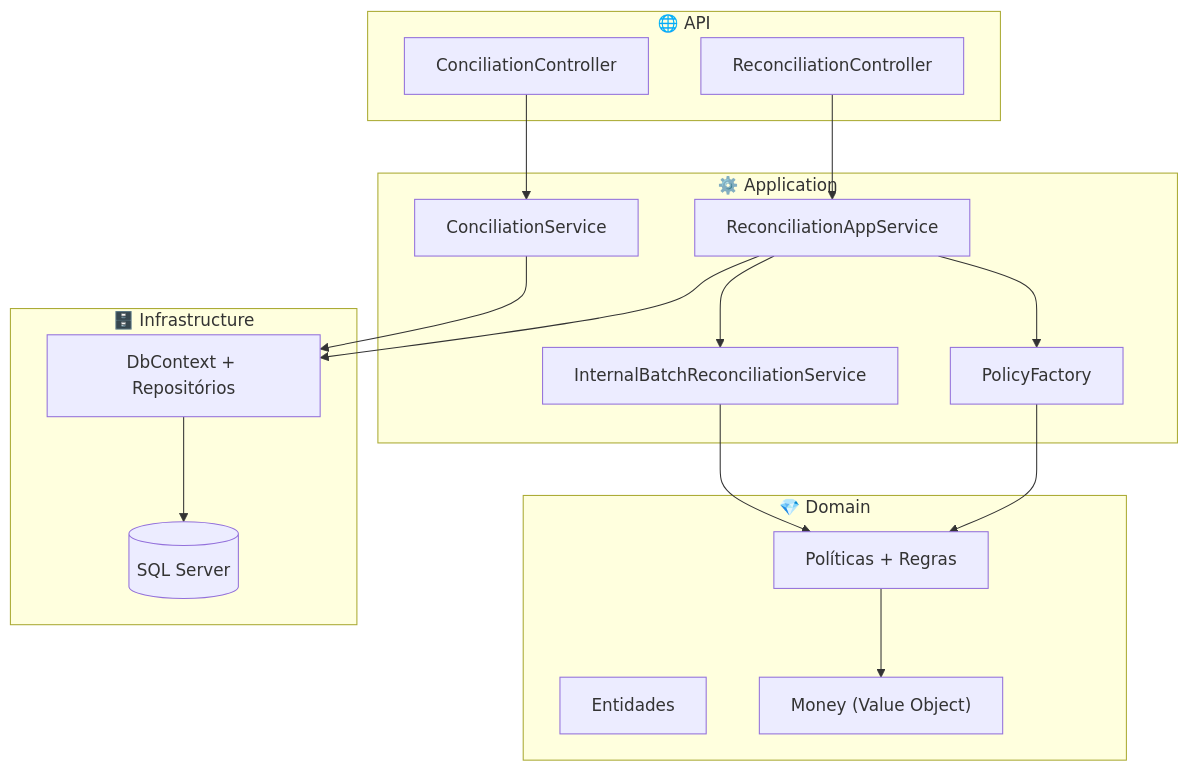
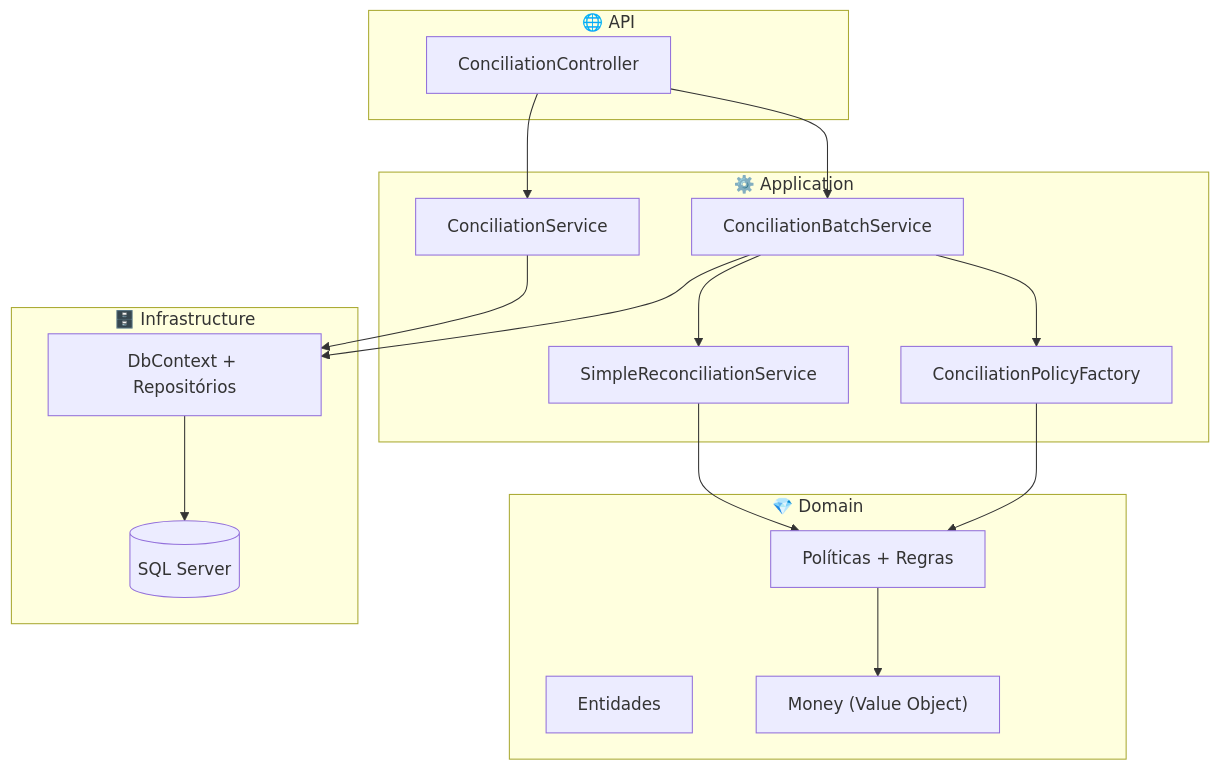
One commit to awernek/Conciliacao changed the first of 6 diagrams in docs/COMO-FUNCIONA-O-PROJETO.md. Above: the diagram before and after it, drawn with Mermaid. The commit also changed other lines of this file and 40 other files, not shown here.

First line of the commit message:
feat: implement batch reconciliation flow and refactor API structure

````diff
--- a/docs/COMO-FUNCIONA-O-PROJETO.md
+++ b/docs/COMO-FUNCIONA-O-PROJETO.md
@@ -92,36 +92,35 @@
 ```mermaid
 flowchart TB
     subgraph API["🌐 API"]
-        RC["ReconciliationController"]
         CC["ConciliationController"]
     end
 
     subgraph APP["⚙️ Application"]
-        RAS["ReconciliationAppService"]
+        CBS["ConciliationBatchService"]
         CS["ConciliationService"]
-        IBRS["InternalBatchReconciliationService"]
-        FAC["PolicyFactory"]
+        SRS["SimpleReconciliationService"]
+        FAC["ConciliationPolicyFactory"]
     end
 
     subgraph DOM["💎 Domain"]
         ENT["Entidades"]
         POL["Políticas + Regras"]
         MON["Money (Value Object)"]
     end
 
     subgraph INFRA["🗄️ Infrastructure"]
         CTX["DbContext + Repositórios"]
         DB[("SQL Server")]
     end
 
-    RC --> RAS
+    CC --> CBS
     CC --> CS
-    RAS --> IBRS
-    RAS --> FAC
+    CBS --> SRS
+    CBS --> FAC
     FAC --> POL
-    IBRS --> POL
+    SRS --> POL
     POL --> MON
-    RAS --> CTX
+    CBS --> CTX
     CS --> CTX
     CTX --> DB
 ```
````
